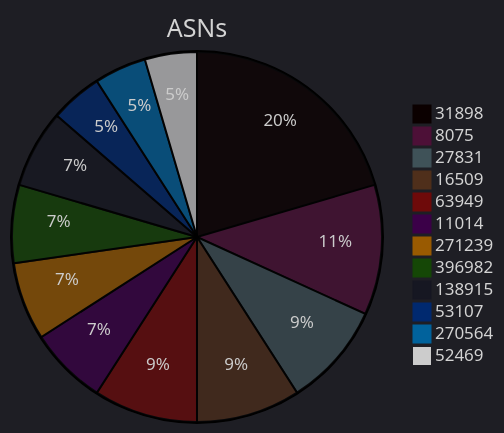
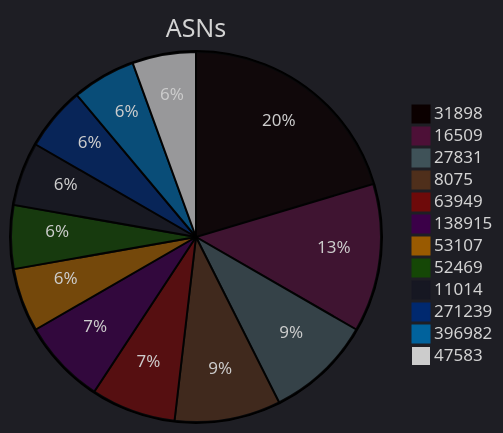
One commit to ZoqueLabs/website changed the third of 8 diagrams in zolim.md. Above: the diagram before and after it, drawn with Mermaid. The commit also changed other lines of this file, not shown here.

````diff
--- a/zolim.md
+++ b/zolim.md
@@ -73,19 +73,19 @@
 ```mermaid
 ---
 config:
   theme: dark
 ---
 pie title ASNs
-  "31898" : 9
+  "31898" : 11
+  "16509" : 7
+  "27831" : 5
   "8075" : 5
-  "27831" : 4
-  "16509" : 4
   "63949" : 4
+  "138915" : 4
+  "53107" : 3
+  "52469" : 3
   "11014" : 3
   "271239" : 3
   "396982" : 3
-  "138915" : 3
-  "53107" : 2
-  "270564" : 2
-  "52469" : 2
+  "47583" : 3
 ```
````
